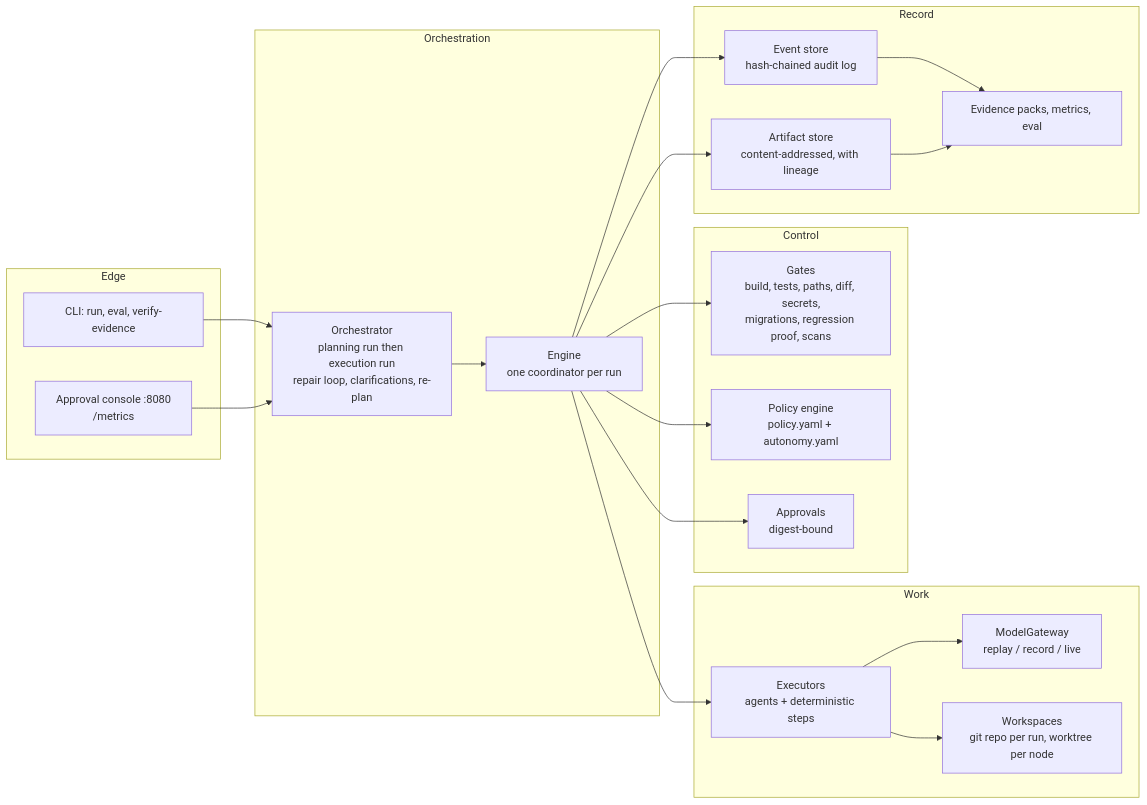
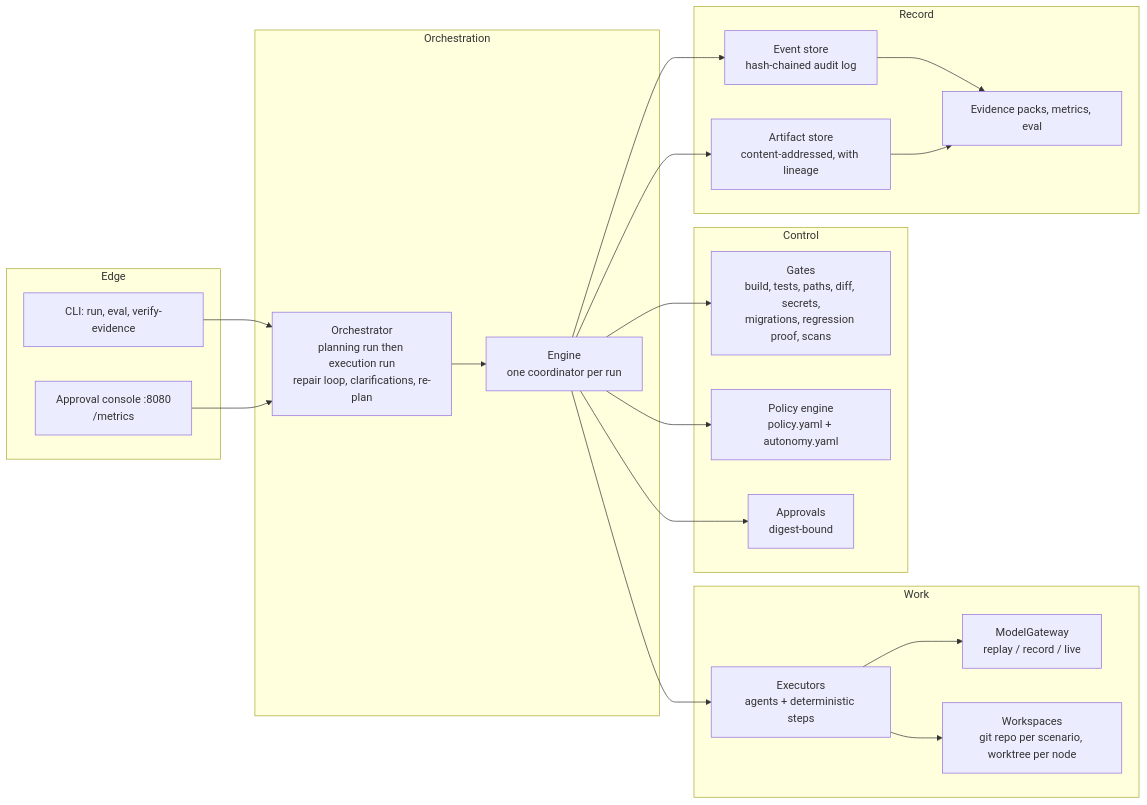
Before and after one commit to kp0797/agentic-orchestrator: the first of 2 diagrams in docs/ARCHITECTURE.md, drawn with Mermaid. The commit also changed other lines of this file and 34 other files, not shown here.

````diff
--- a/docs/ARCHITECTURE.md
+++ b/docs/ARCHITECTURE.md
@@ -23,39 +23,39 @@
 ```mermaid
 flowchart LR
     subgraph Edge
         CLI["CLI: run, eval, verify-evidence"]
         Console["Approval console :8080<br/>/metrics"]
     end
     subgraph Orchestration
         Orch["Orchestrator<br/>planning run then execution run<br/>repair loop, clarifications, re-plan"]
         Engine["Engine<br/>one coordinator per run"]
     end
     subgraph Work
         Exec["Executors<br/>agents + deterministic steps"]
         GW["ModelGateway<br/>replay / record / live"]
-        WS["Workspaces<br/>git repo per run, worktree per node"]
+        WS["Workspaces<br/>git repo per scenario, worktree per node"]
     end
     subgraph Control
         Gates["Gates<br/>build, tests, paths, diff, secrets,<br/>migrations, regression proof, scans"]
         Policy["Policy engine<br/>policy.yaml + autonomy.yaml"]
         Appr["Approvals<br/>digest-bound"]
     end
     subgraph Record
         Log["Event store<br/>hash-chained audit log"]
         Art["Artifact store<br/>content-addressed, with lineage"]
         Ev["Evidence packs, metrics, eval"]
     end
     CLI --> Orch
     Console --> Orch
     Orch --> Engine
     Engine --> Exec
     Exec --> GW
     Exec --> WS
     Engine --> Gates
     Engine --> Policy
     Engine --> Appr
     Engine --> Log
     Engine --> Art
     Log --> Ev
     Art --> Ev
 ```
````
